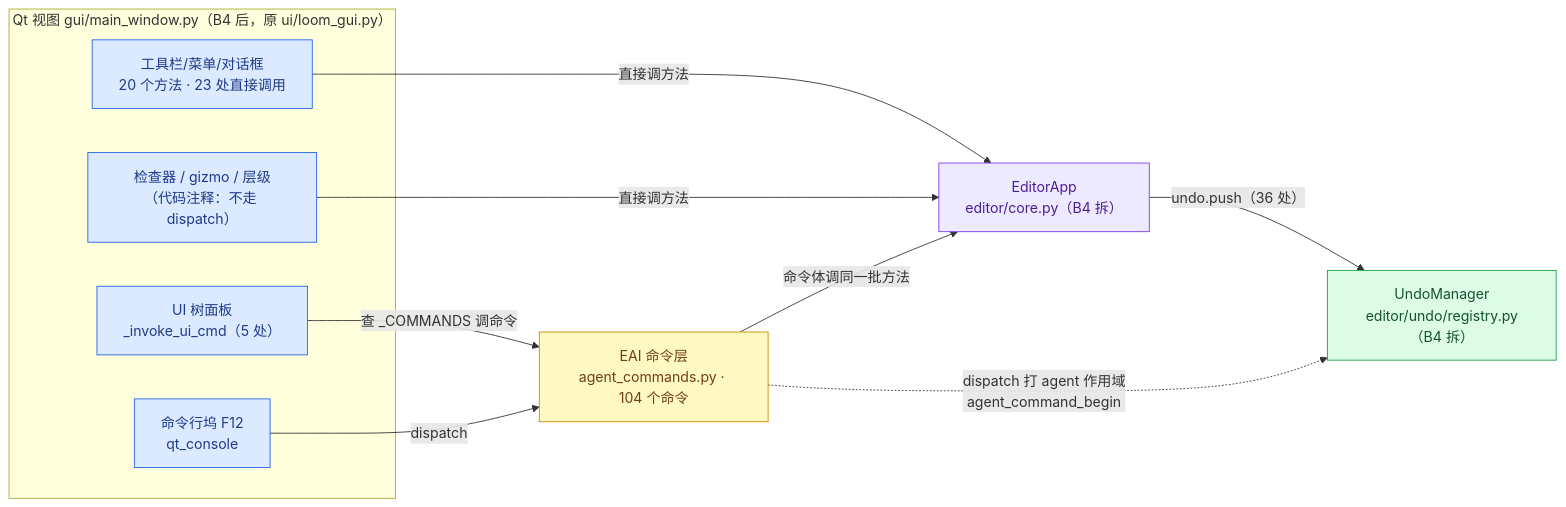
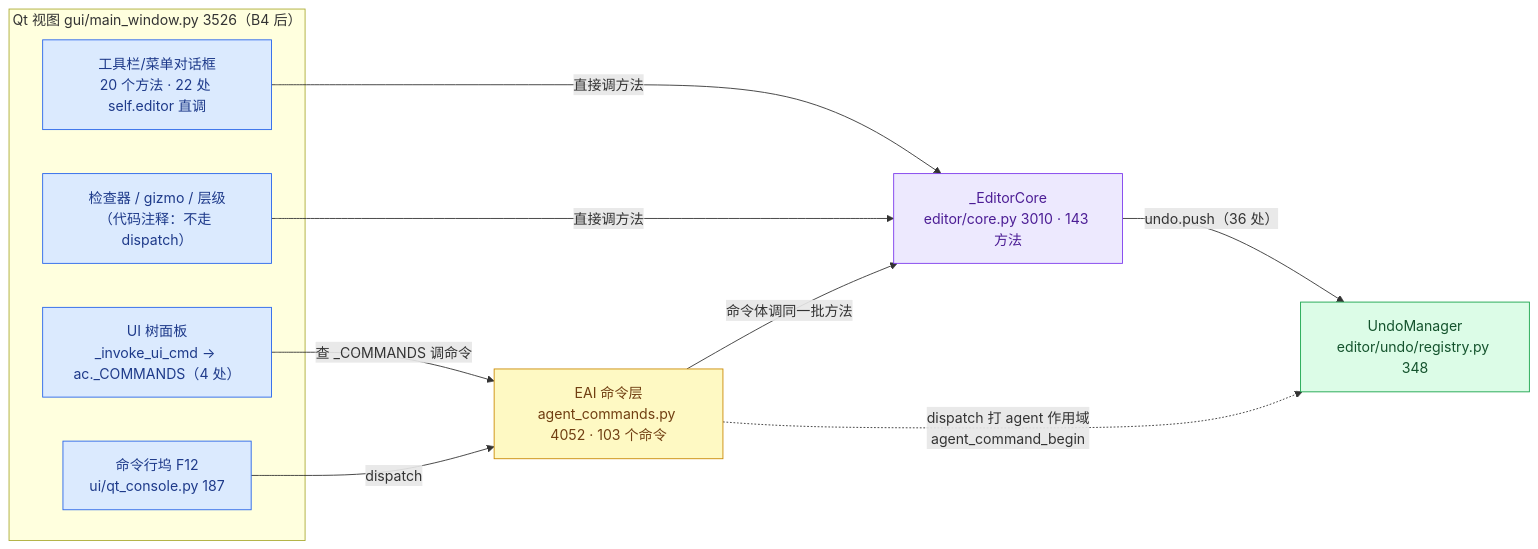
One commit to lhy302/WeaveEngine changed diagram 17 of 23 in ARCHITECTURE.md. Above: the diagram before and after it, drawn with Mermaid. The commit also changed other lines of this file, not shown here.

First line of the commit message:
docs: 架构图 v4 —— 按 HEAD d156cee 真实状态统一重画 23 张 Mermaid 图

````diff
--- a/ARCHITECTURE.md
+++ b/ARCHITECTURE.md
@@ -855,23 +946,23 @@
 ```mermaid
 flowchart LR
-  subgraph GUIL["Qt 视图 gui/main_window.py（B4 后，原 ui/loom_gui.py）"]
-    G1["工具栏/菜单/对话框<br/>20 个方法 · 23 处直接调用"]:::gui
-    G2["UI 树面板<br/>_invoke_ui_cmd（5 处）"]:::gui
+  subgraph GUIL["Qt 视图 gui/main_window.py 3526（B4 后）"]
+    G1["工具栏/菜单对话框<br/>20 个方法 · 22 处 self.editor 直调"]:::gui
+    G2["UI 树面板<br/>_invoke_ui_cmd → ac._COMMANDS（4 处）"]:::gui
     G3["检查器 / gizmo / 层级<br/>（代码注释：不走 dispatch）"]:::gui
-    G4["命令行坞 F12<br/>qt_console"]:::gui
+    G4["命令行坞 F12<br/>ui/qt_console.py 187"]:::gui
   end
-  E["EAI 命令层<br/>agent_commands.py · 104 个命令"]:::eai
-  A["EditorApp<br/>editor/core.py（B4 拆）"]:::facade
-  U["UndoManager<br/>editor/undo/registry.py（B4 拆）"]:::undo
+  E["EAI 命令层<br/>agent_commands.py 4052 · 103 个命令"]:::eai
+  A["_EditorCore<br/>editor/core.py 3010 · 143 方法"]:::facade
+  U["UndoManager<br/>editor/undo/registry.py 348"]:::undo
   G1 -->|直接调方法| A
   G3 -->|直接调方法| A
   G2 -->|查 _COMMANDS 调命令| E
   G4 -->|dispatch| E
   E -->|命令体调同一批方法| A
   A -->|undo.push（36 处）| U
   E -.->|dispatch 打 agent 作用域<br/>agent_command_begin| U
   classDef gui fill:#dbeafe,stroke:#2563eb,color:#1e3a8a
   classDef eai fill:#fef9c3,stroke:#ca8a04,color:#713f12
   classDef facade fill:#ede9fe,stroke:#7c3aed,color:#4c1d95
   classDef undo fill:#dcfce7,stroke:#16a34a,color:#14532d
 ```
````
